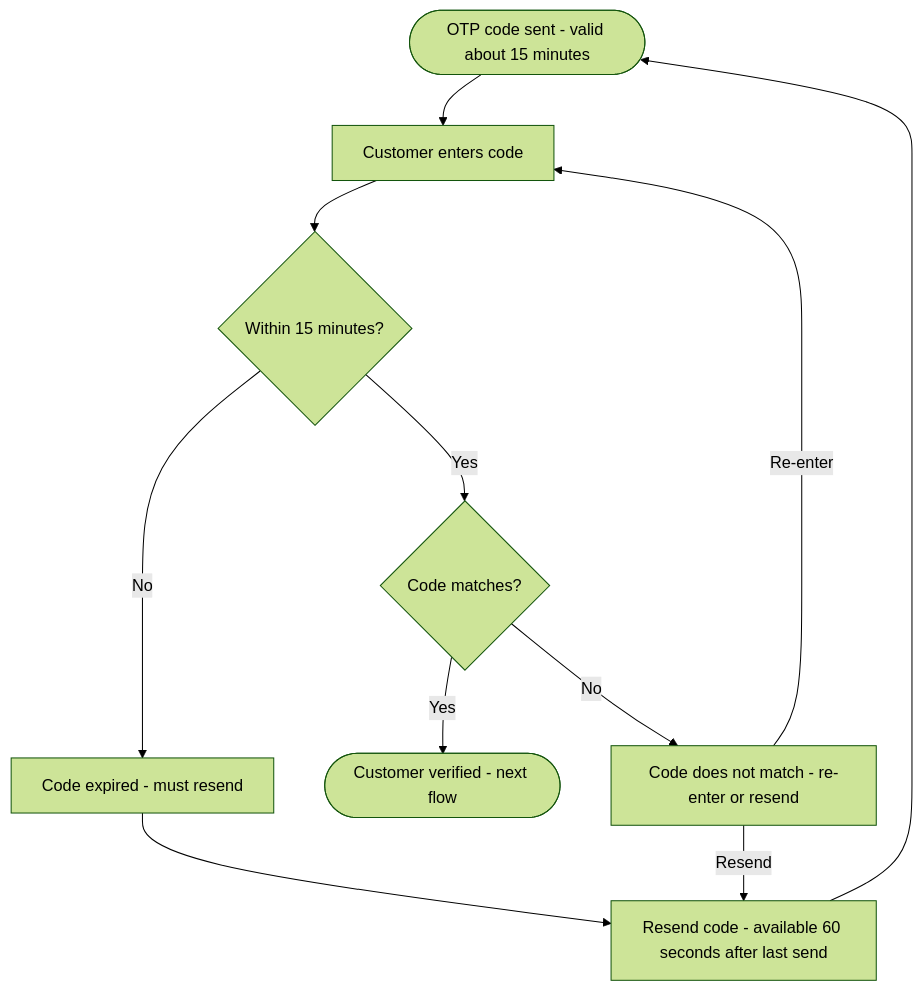
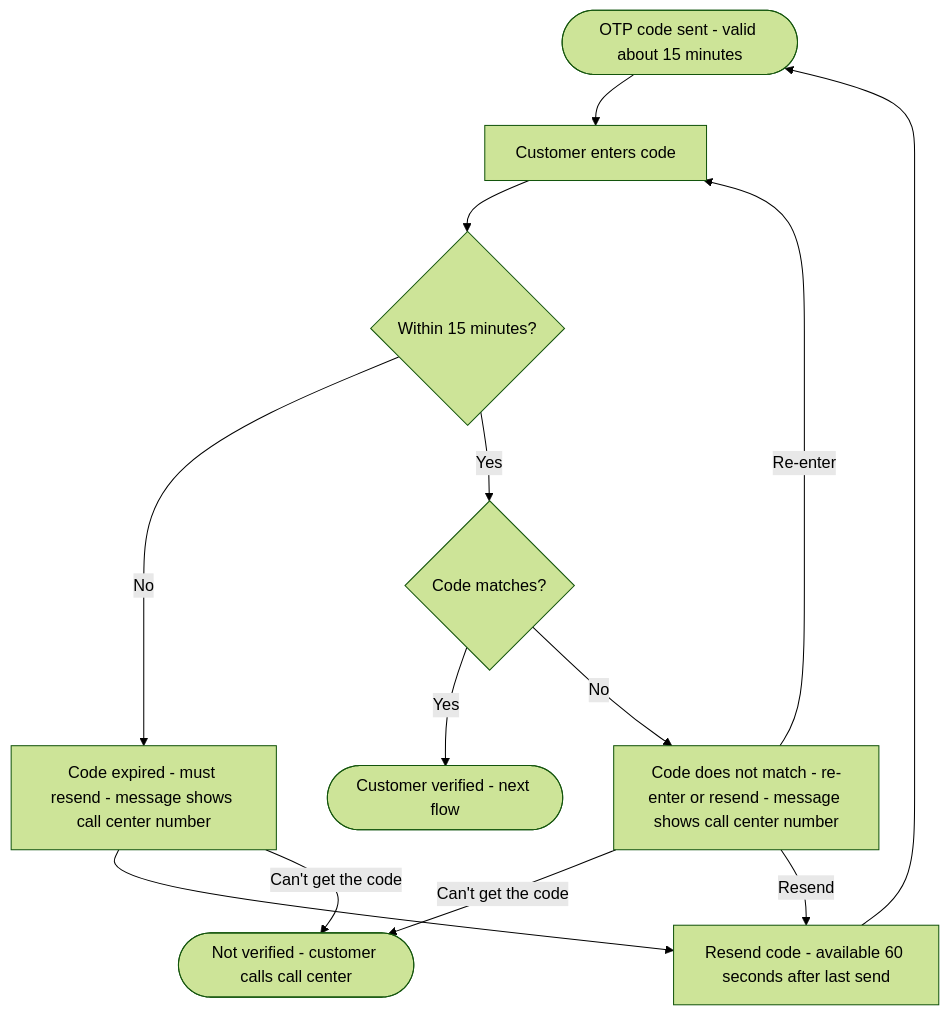
The diagram in docs/flows/03-otp-verification.md (prqueen90-collab/journey-diagrams), drawn with Mermaid (forest theme) before and after one commit. The commit also changed other lines of this file and 1 other file, not shown here.

Commit message:
Flows 2-3: codes to contacts on file are expected; call center exit
Customers who can't get the code are not verified and must call the
call center, whose toll-free number is in the error and expiration
messages.

Claude-Session: https://claude.ai/code/session_019K1gMRqgFEv9D5YEyEPSqx

````diff
--- a/docs/flows/03-otp-verification.md
+++ b/docs/flows/03-otp-verification.md
@@ -8,13 +9,15 @@
 ```mermaid
 flowchart TD
     A([OTP code sent - valid about 15 minutes]) --> B[Customer enters code]
     B --> C{Within 15 minutes?}
-    C -->|No| D[Code expired - must resend]
+    C -->|No| D[Code expired - must resend - message shows call center number]
     D --> R
+    D -->|Can't get the code| X([Not verified - customer calls call center])
     C -->|Yes| E{Code matches?}
     E -->|Yes| F([Customer verified - next flow])
-    E -->|No| G[Code does not match - re-enter or resend]
+    E -->|No| G[Code does not match - re-enter or resend - message shows call center number]
     G -->|Re-enter| B
+    G -->|Can't get the code| X
     G -->|Resend| R[Resend code - available 60 seconds after last send]
     R --> A
 ```
````
